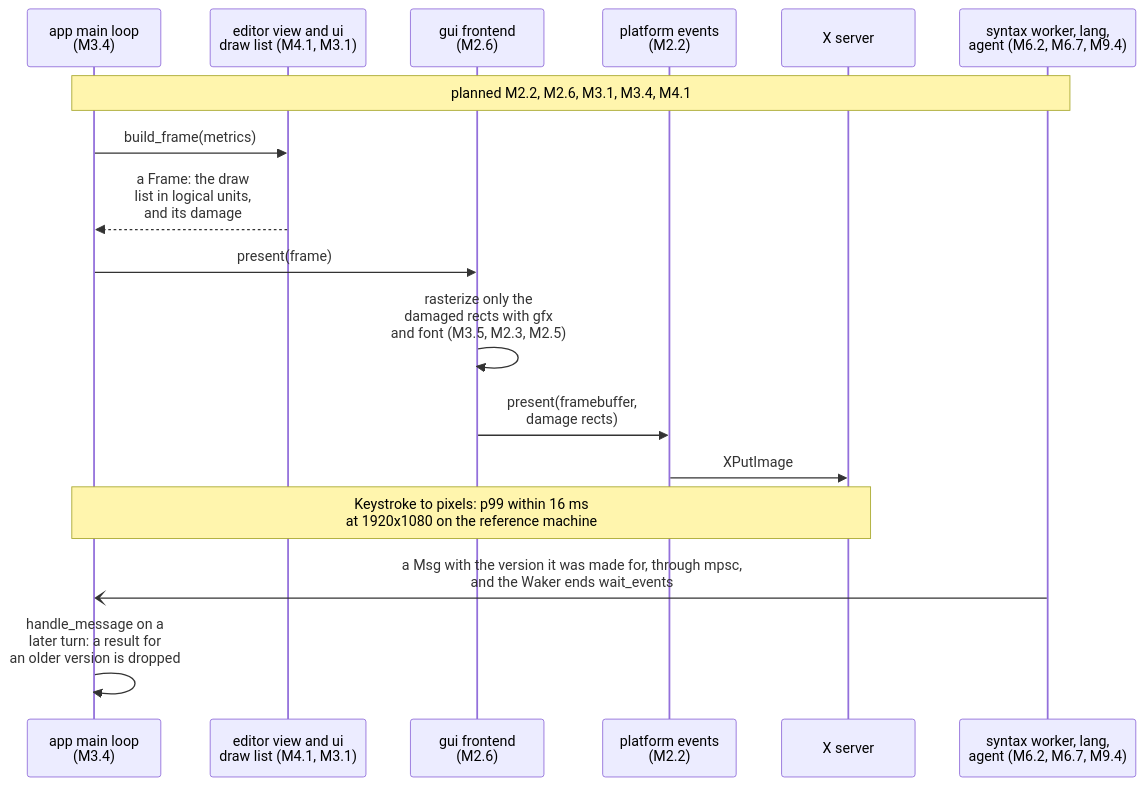
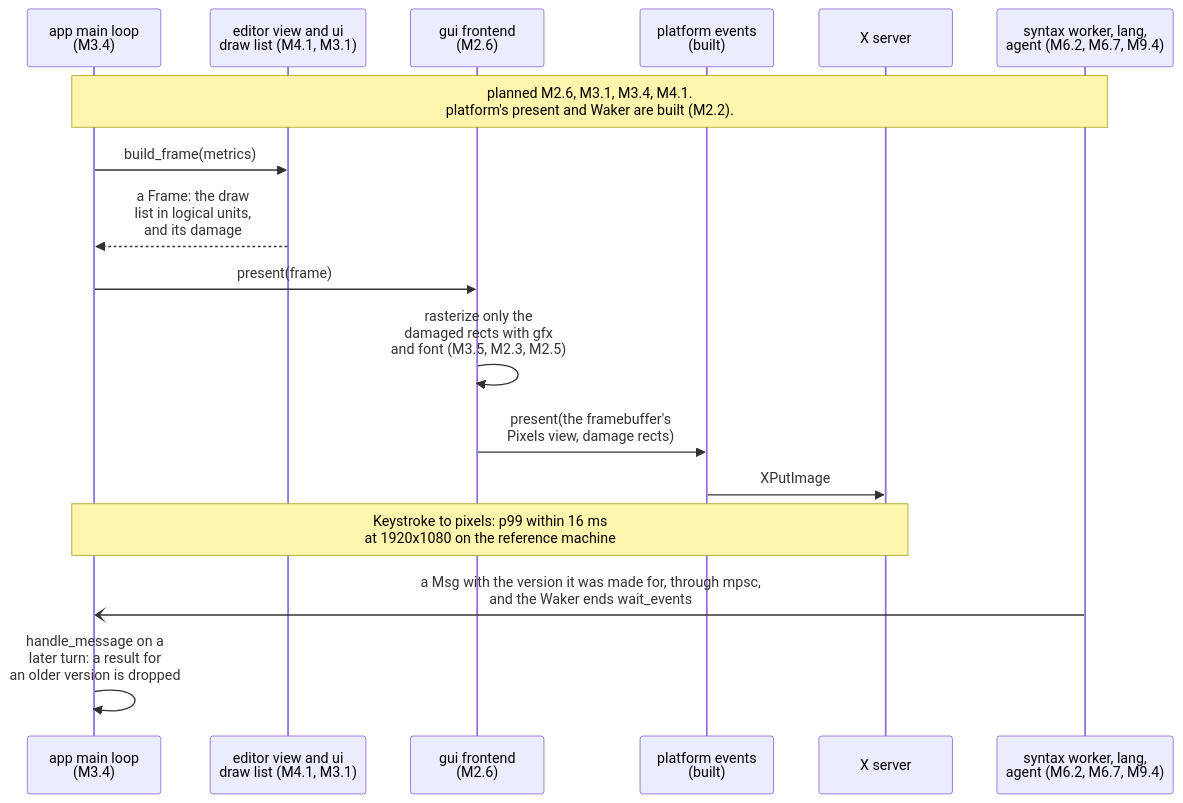
One commit to jabbott-iii/Tidepool changed diagram 12 of 21 in diagrams/sequence-diagrams.md. Above: the diagram before and after it, drawn with Mermaid. The commit also changed other lines of this file and 45 other files, not shown here.

````diff
--- a/diagrams/sequence-diagrams.md
+++ b/diagrams/sequence-diagrams.md
@@ -556,20 +557,20 @@
 ```mermaid
 sequenceDiagram
     participant ML as app main loop<br/>(M3.4)
     participant View as editor view and ui<br/>draw list (M4.1, M3.1)
     participant Fe as gui frontend<br/>(M2.6)
-    participant Plat as platform events<br/>(M2.2)
+    participant Plat as platform events<br/>(built)
     participant Disp as X server
     participant Bg as syntax worker, lang,<br/>agent (M6.2, M6.7, M9.4)
 
-    Note over ML,Bg: planned M2.2, M2.6, M3.1, M3.4, M4.1
+    Note over ML,Bg: planned M2.6, M3.1, M3.4, M4.1.<br/>platform's present and Waker are built (M2.2).
     ML->>View: build_frame(metrics)
     View-->>ML: a Frame: the draw<br/>list in logical units,<br/>and its damage
     ML->>Fe: present(frame)
     Fe->>Fe: rasterize only the<br/>damaged rects with gfx<br/>and font (M3.5, M2.3, M2.5)
-    Fe->>Plat: present(framebuffer,<br/>damage rects)
+    Fe->>Plat: present(the framebuffer's<br/>Pixels view, damage rects)
     Plat->>Disp: XPutImage
     Note over ML,Disp: Keystroke to pixels: p99 within 16 ms<br/>at 1920x1080 on the reference machine
     Bg-)ML: a Msg with the version it was made for, through mpsc,<br/>and the Waker ends wait_events
     ML->>ML: handle_message on a<br/>later turn: a result for<br/>an older version is dropped
 ```
````
